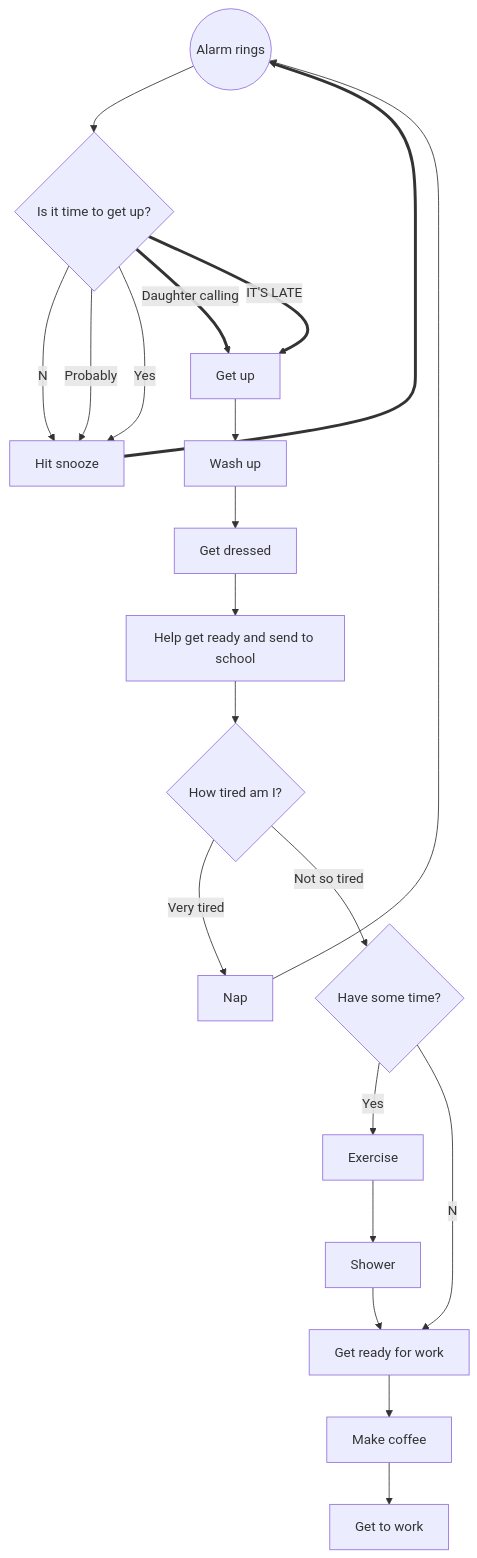
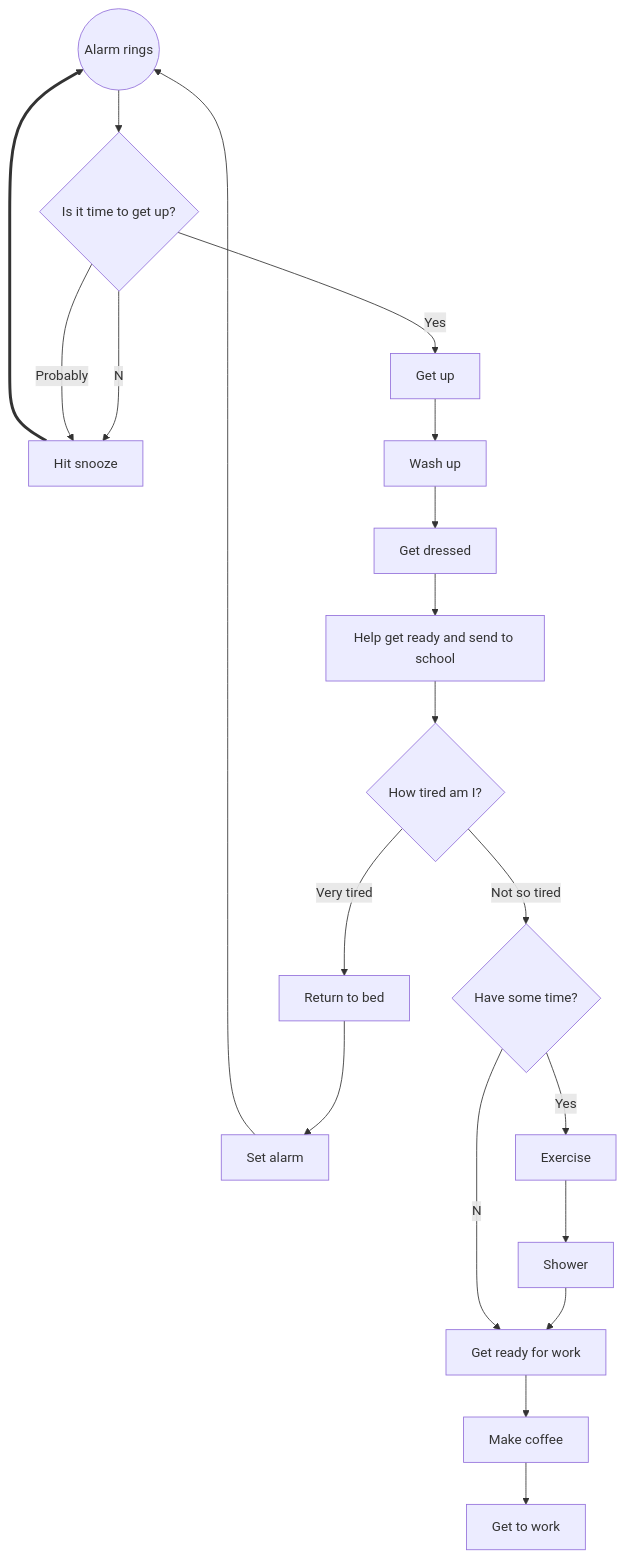
The diagram in student-work/2023/Sharon-Schnee/mermaid-morning-routine.md (Laura-Novich-OBW/student-showcase), drawn with Mermaid before and after one commit.

````diff
--- a/student-work/2023/Sharon-Schnee/mermaid-morning-routine.md
+++ b/student-work/2023/Sharon-Schnee/mermaid-morning-routine.md
@@ -3,23 +3,22 @@
 ```mermaid
    flowchart TD
    A((Alarm rings))-->B{Is it time to get up?};
    B--No-->C[Hit snooze];
    B--Probably-->C[Hit snooze];
-   B--Yes-->C[Hit snooze];
+   B--Yes-->D[Get up];
    C==>A;
-   B==Daughter calling==>D[Get up];
-   B==IT'S LATE==>D
    D-->E[Wash up];
    E-->F[Get dressed];
    F-->G[Help get ready and send to school];
    G-->H{How tired am I?};
-   H--Very tired-->I[Nap];
-   I-->A;
+   H--Very tired-->I[Return to bed];
+   I-->J[Set alarm];
+   J-->A;
    H--Not so tired-->K{Have some time?};
    K--Yes-->L[Exercise];
    L-->M[Shower];
    M-->N[Get ready for work];
    K--No-->N;
    N-->O[Make coffee];
    O-->P[Get to work]
 ```
````
